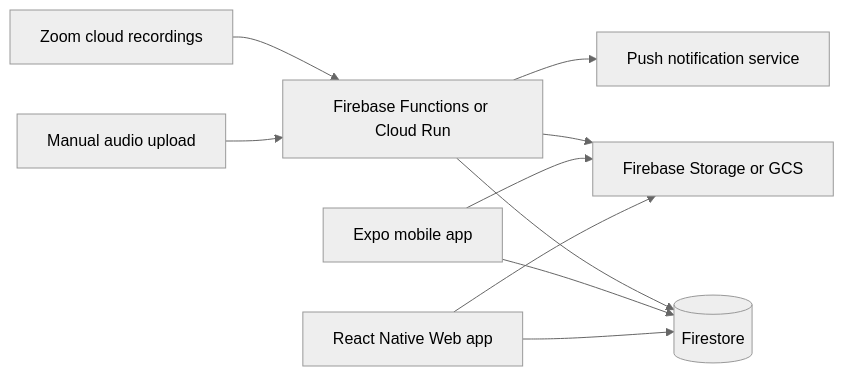
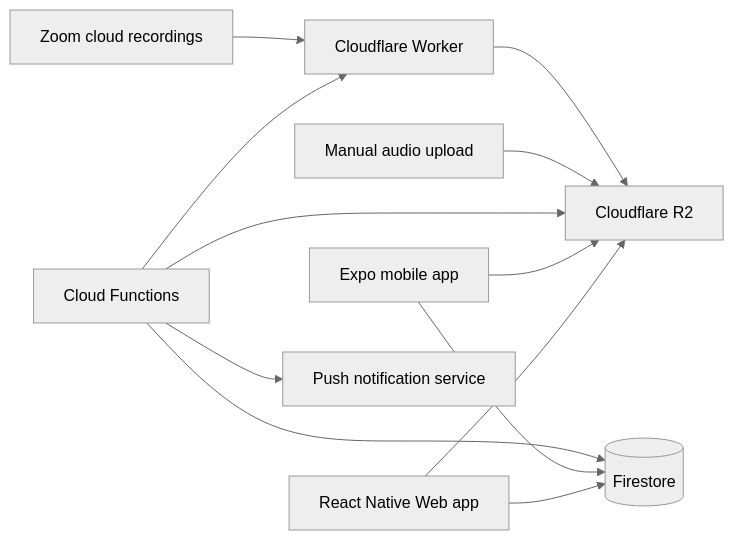
The second of 2 diagrams in docs/PRODUCT_BRIEF.md (Sabeel-Institute/lms), drawn with Mermaid (neutral theme) before and after one commit. The commit also changed other lines of this file and 4 other files, not shown here.

````diff
--- a/docs/PRODUCT_BRIEF.md
+++ b/docs/PRODUCT_BRIEF.md
@@ -481,21 +481,24 @@
 ```mermaid
 flowchart LR
     Zoom[Zoom cloud recordings]
     Upload[Manual audio upload]
-    Backend[Firebase Functions or Cloud Run]
-    Storage[Firebase Storage or GCS]
+    Backend[Cloud Functions]
+    Copier[Cloudflare Worker]
+    Storage[Cloudflare R2]
     Firestore[(Firestore)]
     Mobile[Expo mobile app]
     Web[React Native Web app]
     Push[Push notification service]
 
-    Zoom --> Backend
-    Upload --> Backend
+    Zoom --> Copier
+    Backend --> Copier
+    Copier --> Storage
+    Upload --> Storage
     Backend --> Storage
     Backend --> Firestore
     Backend --> Push
     Mobile --> Firestore
     Mobile --> Storage
     Web --> Firestore
     Web --> Storage
 ```
````
